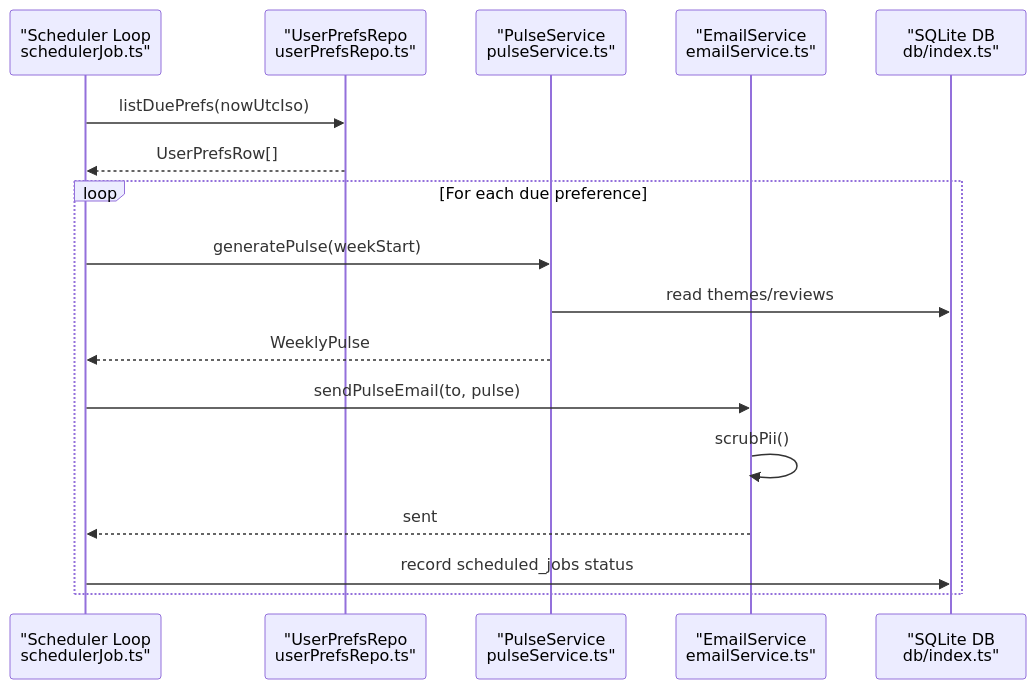
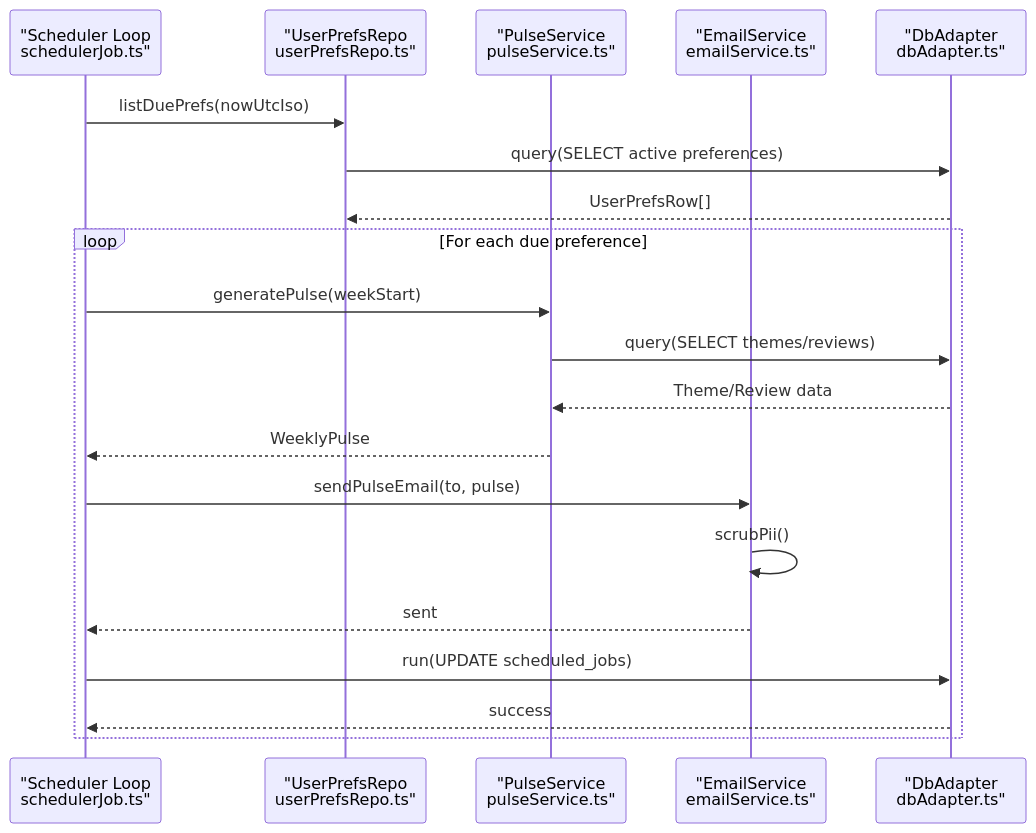
The second of 8 diagrams in .qoder/repowiki/en/content/Phase 2_ Advanced Analytics & Automation/User Preferences Management.md (aravinthraj-ramalingam/Groww-App-Review-Insights-Analyzer-), drawn with Mermaid before and after one commit. The commit also changed other lines of this file and 10 other files, not shown here.

Commit message:
Fix pulse duplicate key error, theme deduplication, and button alignment

````diff
--- a/.qoder/repowiki/en/content/Phase 2_ Advanced Analytics & Automation/User Preferences Management.md
+++ b/.qoder/repowiki/en/content/Phase 2_ Advanced Analytics & Automation/User Preferences Management.md
@@ -104,19 +114,22 @@
 ```mermaid
 sequenceDiagram
 participant Cron as "Scheduler Loop<br/>schedulerJob.ts"
 participant Repo as "UserPrefsRepo<br/>userPrefsRepo.ts"
 participant Pulse as "PulseService<br/>pulseService.ts"
 participant Email as "EmailService<br/>emailService.ts"
-participant DB as "SQLite DB<br/>db/index.ts"
+participant DBAdapter as "DbAdapter<br/>dbAdapter.ts"
 Cron->>Repo : listDuePrefs(nowUtcIso)
-Repo-->>Cron : UserPrefsRow[]
+Repo->>DBAdapter : query(SELECT active preferences)
+DBAdapter-->>Repo : UserPrefsRow[]
 loop For each due preference
 Cron->>Pulse : generatePulse(weekStart)
-Pulse->>DB : read themes/reviews
+Pulse->>DBAdapter : query(SELECT themes/reviews)
+DBAdapter-->>Pulse : Theme/Review data
 Pulse-->>Cron : WeeklyPulse
 Cron->>Email : sendPulseEmail(to, pulse)
 Email->>Email : scrubPii()
 Email-->>Cron : sent
-Cron->>DB : record scheduled_jobs status
+Cron->>DBAdapter : run(UPDATE scheduled_jobs)
+DBAdapter-->>Cron : success
 end
 ```
````
